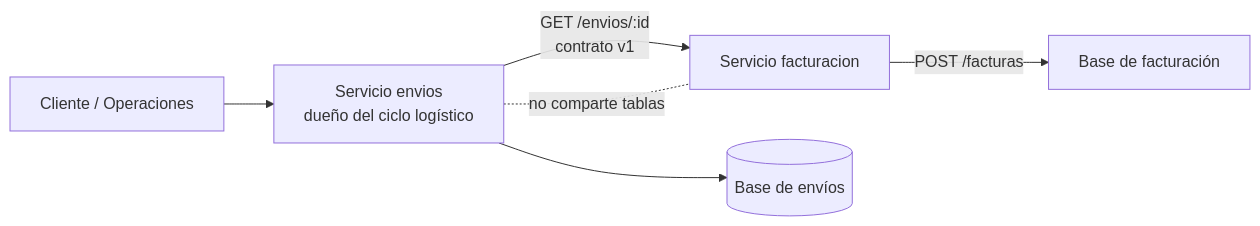
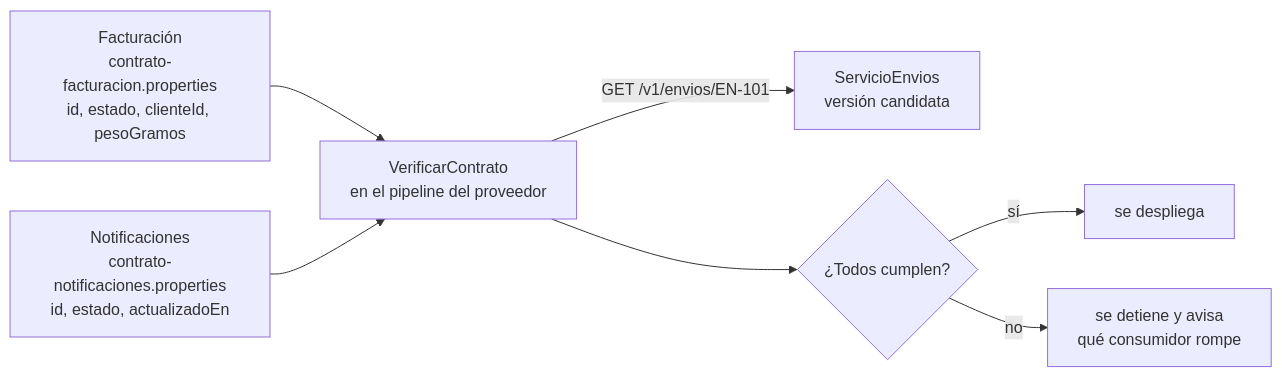
One commit to NICORUIZ93/The_Imperial_Book changed the first of 4 diagrams in web/public/content/arquitectura/modulo-4.md. Above: the diagram before and after it, drawn with Mermaid. The commit also changed other lines of this file and 3 other files, not shown here.

````diff
--- a/web/public/content/arquitectura/modulo-4.md
+++ b/web/public/content/arquitectura/modulo-4.md
@@ -19,8 +133,9 @@
 ```mermaid
 flowchart LR
-  W["Cliente / Operaciones"] --> E["Servicio envios<br/>dueño del ciclo logístico"]
-  E -->|"GET /envios/:id<br/>contrato v1"| F["Servicio facturacion"]
-  F -->|"POST /facturas"| B["Base de facturación"]
-  E --> D[("Base de envíos")]
-  E -. "no comparte tablas" .- F
+    CF["Facturación<br/>contrato-facturacion.properties<br/>id, estado, clienteId, pesoGramos"] --> V["VerificarContrato<br/>en el pipeline del proveedor"]
+    CN["Notificaciones<br/>contrato-notificaciones.properties<br/>id, estado, actualizadoEn"] --> V
+    V -->|"GET /v1/envios/EN-101"| P["ServicioEnvios<br/>versión candidata"]
+    V --> D{"¿Todos cumplen?"}
+    D -->|sí| OK["se despliega"]
+    D -->|no| NO["se detiene y avisa<br/>qué consumidor rompe"]
 ```
````
